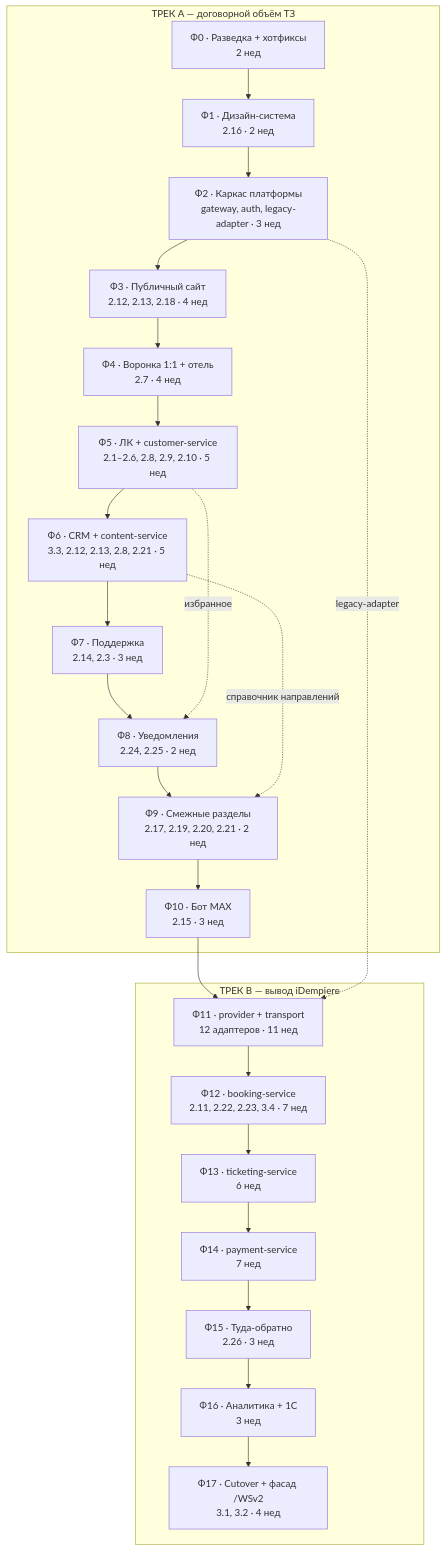
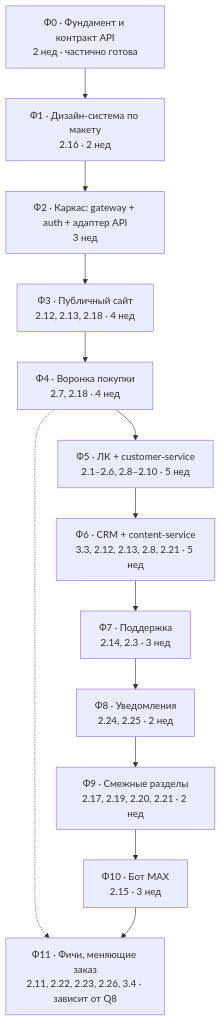
The diagram in docs/plan-tz/roadmap.md (KwolRu/donbilet), drawn with Mermaid before and after one commit. The commit also changed other lines of this file and 37 other files, not shown here.

````diff
--- a/docs/plan-tz/roadmap.md
+++ b/docs/plan-tz/roadmap.md
@@ -98,32 +108,19 @@
 ```mermaid
 flowchart TB
-    subgraph TA["ТРЕК A — договорной объём ТЗ"]
-        F0["Ф0 · Разведка + хотфиксы<br/>2 нед"]
-        F1["Ф1 · Дизайн-система<br/>2.16 · 2 нед"]
-        F2["Ф2 · Каркас платформы<br/>gateway, auth, legacy-adapter · 3 нед"]
-        F3["Ф3 · Публичный сайт<br/>2.12, 2.13, 2.18 · 4 нед"]
-        F4["Ф4 · Воронка 1:1 + отель<br/>2.7 · 4 нед"]
-        F5["Ф5 · ЛК + customer-service<br/>2.1–2.6, 2.8, 2.9, 2.10 · 5 нед"]
-        F6["Ф6 · CRM + content-service<br/>3.3, 2.12, 2.13, 2.8, 2.21 · 5 нед"]
-        F7["Ф7 · Поддержка<br/>2.14, 2.3 · 3 нед"]
-        F8["Ф8 · Уведомления<br/>2.24, 2.25 · 2 нед"]
-        F9["Ф9 · Смежные разделы<br/>2.17, 2.19, 2.20, 2.21 · 2 нед"]
-        F10["Ф10 · Бот MAX<br/>2.15 · 3 нед"]
-    end
-
-    subgraph TB["ТРЕК B — вывод iDempiere"]
-        F11["Ф11 · provider + transport<br/>12 адаптеров · 11 нед"]
-        F12["Ф12 · booking-service<br/>2.11, 2.22, 2.23, 3.4 · 7 нед"]
-        F13["Ф13 · ticketing-service<br/>6 нед"]
-        F14["Ф14 · payment-service<br/>7 нед"]
-        F15["Ф15 · Туда-обратно<br/>2.26 · 3 нед"]
-        F16["Ф16 · Аналитика + 1С<br/>3 нед"]
-        F17["Ф17 · Cutover + фасад /WSv2<br/>3.1, 3.2 · 4 нед"]
-    end
+    F0["Ф0 · Фундамент и контракт API<br/>2 нед · частично готова"]
+    F1["Ф1 · Дизайн-система по макету<br/>2.16 · 2 нед"]
+    F2["Ф2 · Каркас: gateway + auth + адаптер API<br/>3 нед"]
+    F3["Ф3 · Публичный сайт<br/>2.12, 2.13, 2.18 · 4 нед"]
+    F4["Ф4 · Воронка покупки<br/>2.7, 2.18 · 4 нед"]
+    F5["Ф5 · ЛК + customer-service<br/>2.1–2.6, 2.8–2.10 · 5 нед"]
+    F6["Ф6 · CRM + content-service<br/>3.3, 2.12, 2.13, 2.8, 2.21 · 5 нед"]
+    F7["Ф7 · Поддержка<br/>2.14, 2.3 · 3 нед"]
+    F8["Ф8 · Уведомления<br/>2.24, 2.25 · 2 нед"]
+    F9["Ф9 · Смежные разделы<br/>2.17, 2.19, 2.20, 2.21 · 2 нед"]
+    F10["Ф10 · Бот MAX<br/>2.15 · 3 нед"]
+    F11["Ф11 · Фичи, меняющие заказ<br/>2.11, 2.22, 2.23, 2.26, 3.4 · зависит от Q8"]
 
     F0 --> F1 --> F2 --> F3 --> F4 --> F5 --> F6 --> F7 --> F8 --> F9 --> F10
-    F10 --> F11 --> F12 --> F13 --> F14 --> F15 --> F16 --> F17
-    F2 -.legacy-adapter.-> F11
-    F6 -.справочник направлений.-> F9
-    F5 -.избранное.-> F8
+    F4 -.-> F11
+    F10 --> F11
 ```
````
